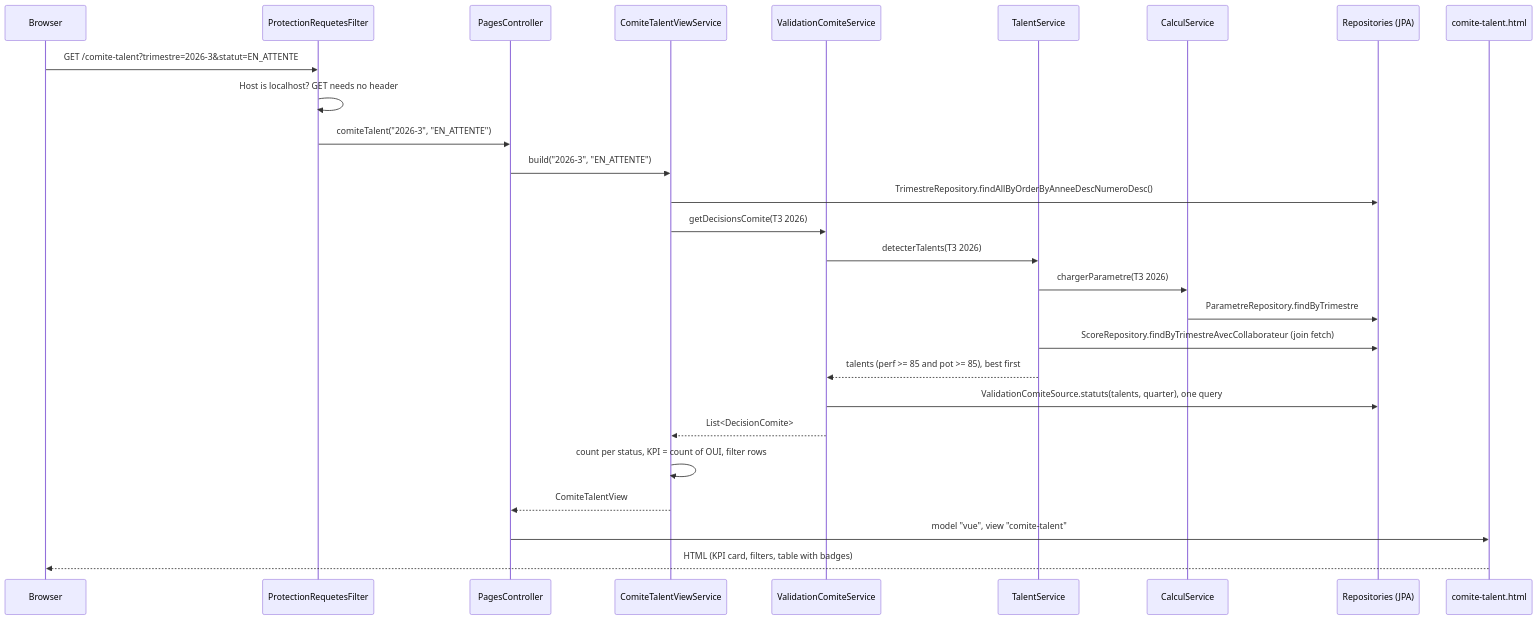
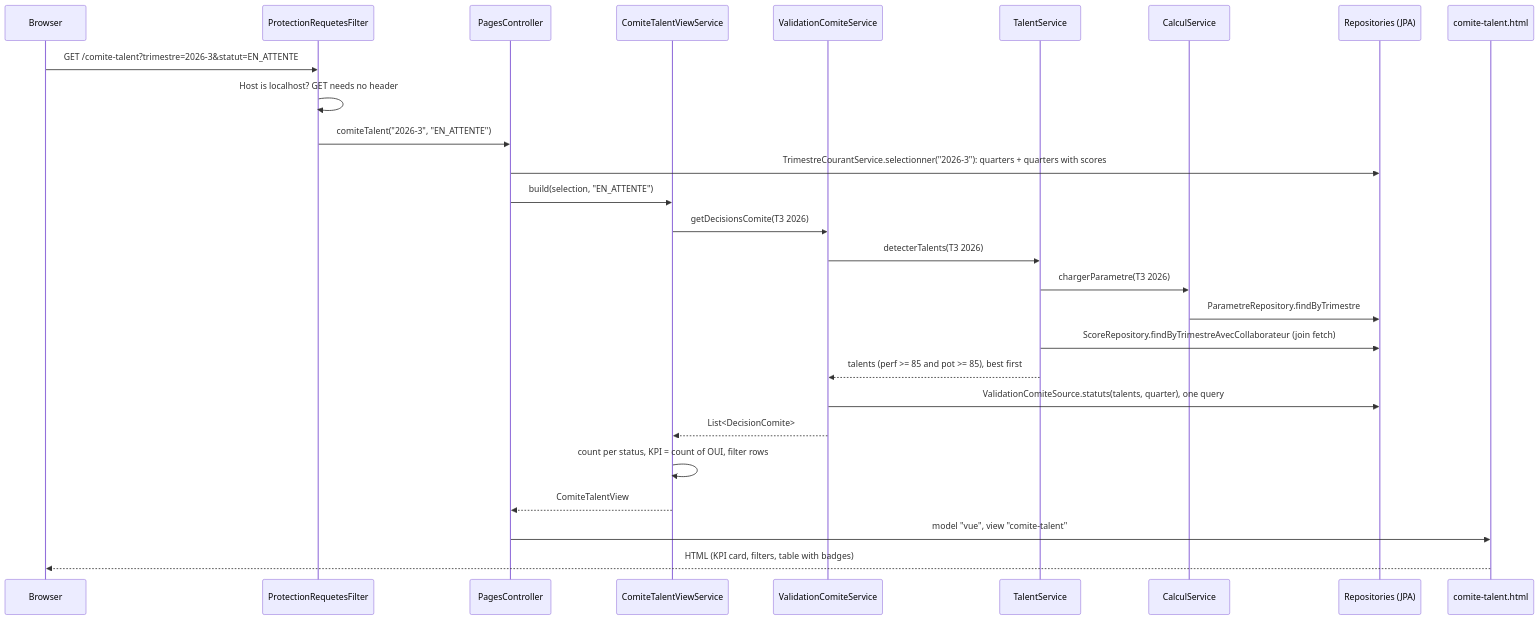
Before and after one commit to yasmine-kh/RH-project: the fourth of 5 diagrams in docs/guide-developpeur.md, drawn with Mermaid. The commit also changed other lines of this file and 33 other files, not shown here.

````diff
--- a/docs/guide-developpeur.md
+++ b/docs/guide-developpeur.md
@@ -753,29 +799,29 @@
 ```mermaid
 sequenceDiagram
     participant B as Browser
     participant F as ProtectionRequetesFilter
     participant PC as PagesController
     participant VS as ComiteTalentViewService
     participant VC as ValidationComiteService
     participant TS as TalentService
     participant CS as CalculService
     participant R as Repositories (JPA)
     participant T as comite-talent.html
     B->>F: GET /comite-talent?trimestre=2026-3&statut=EN_ATTENTE
     F->>F: Host is localhost? GET needs no header
     F->>PC: comiteTalent("2026-3", "EN_ATTENTE")
-    PC->>VS: build("2026-3", "EN_ATTENTE")
-    VS->>R: TrimestreRepository.findAllByOrderByAnneeDescNumeroDesc()
+    PC->>R: TrimestreCourantService.selectionner("2026-3"): quarters + quarters with scores
+    PC->>VS: build(selection, "EN_ATTENTE")
     VS->>VC: getDecisionsComite(T3 2026)
     VC->>TS: detecterTalents(T3 2026)
     TS->>CS: chargerParametre(T3 2026)
     CS->>R: ParametreRepository.findByTrimestre
     TS->>R: ScoreRepository.findByTrimestreAvecCollaborateur (join fetch)
     TS-->>VC: talents (perf >= 85 and pot >= 85), best first
     VC->>R: ValidationComiteSource.statuts(talents, quarter), one query
     VC-->>VS: List<DecisionComite>
     VS->>VS: count per status, KPI = count of OUI, filter rows
     VS-->>PC: ComiteTalentView
     PC->>T: model "vue", view "comite-talent"
     T-->>B: HTML (KPI card, filters, table with badges)
 ```
````
